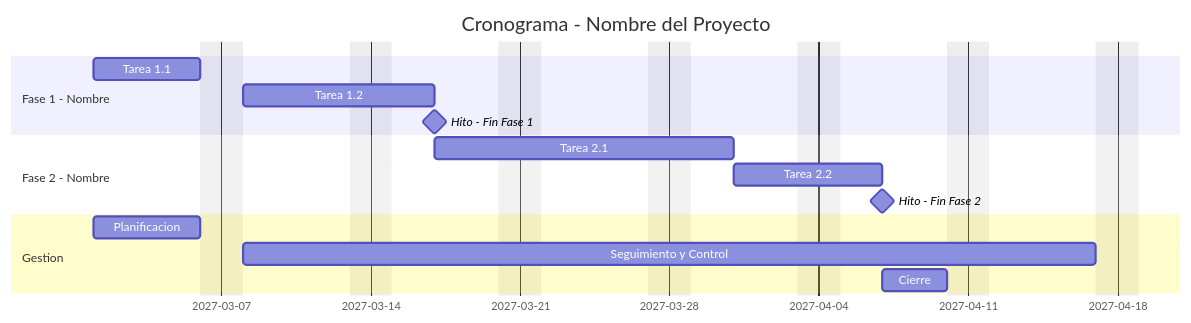
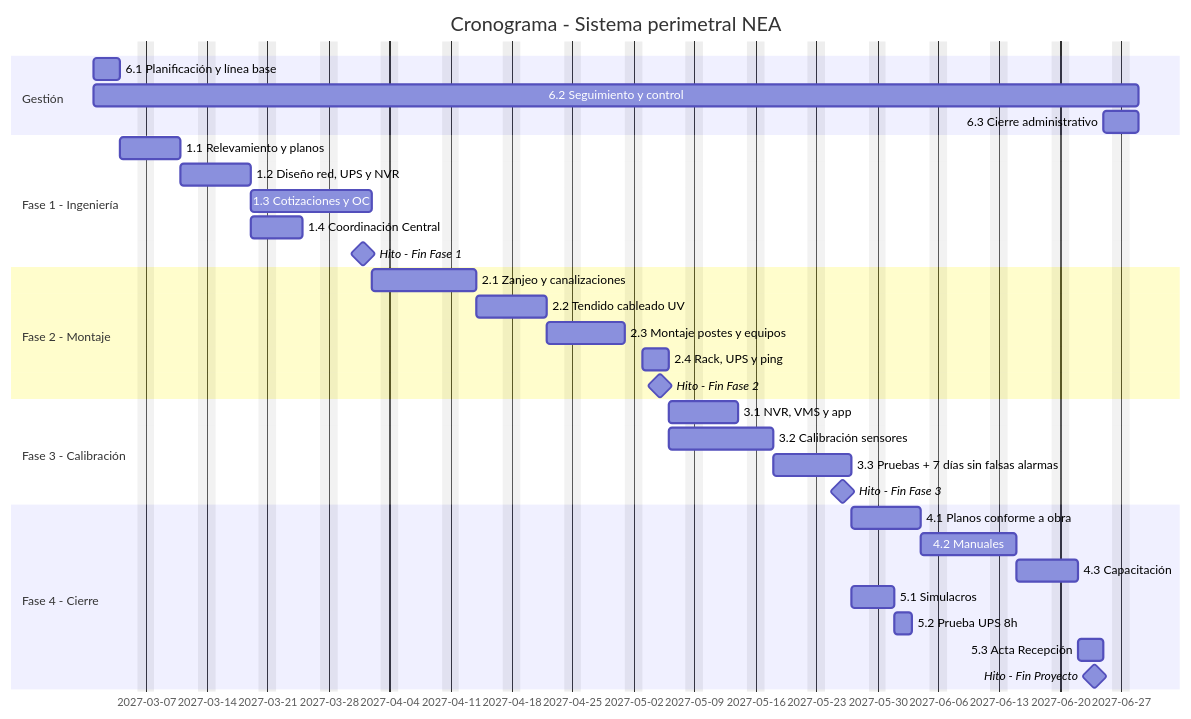
The diagram in docs/02-edt-estimacion/cronograma.md (griren91/Gestion_de_Proyectos_Grupo_NR_4), drawn with Mermaid before and after one commit. The commit also changed other lines of this file, not shown here.

````diff
--- a/docs/02-edt-estimacion/cronograma.md
+++ b/docs/02-edt-estimacion/cronograma.md
@@ -5,21 +7,40 @@
 ```mermaid
 gantt
-    title Cronograma - Nombre del Proyecto
+    title Cronograma - Sistema perimetral NEA
     dateFormat  YYYY-MM-DD
     excludes    weekends
 
-    section Fase 1 - Nombre
-    Tarea 1.1               :t11, 2027-03-01, 5d
-    Tarea 1.2               :t12, after t11, 7d
-    Hito - Fin Fase 1       :milestone, m1, after t12, 0d
+    section Gestión
+    6.1 Planificación y línea base   :g61, 2027-03-01, 3d
+    6.2 Seguimiento y control        :g62, 2027-03-01, 86d
+    6.3 Cierre administrativo        :g63, 2027-06-25, 2d
 
-    section Fase 2 - Nombre
-    Tarea 2.1               :t21, after m1, 10d
-    Tarea 2.2               :t22, after t21, 5d
-    Hito - Fin Fase 2       :milestone, m2, after t22, 0d
+    section Fase 1 - Ingeniería
+    1.1 Relevamiento y planos       :t11, 2027-03-04, 5d
+    1.2 Diseño red, UPS y NVR       :t12, after t11, 6d
+    1.3 Cotizaciones y OC           :t13, after t12, 10d
+    1.4 Coordinación Central        :t14, after t12, 4d
+    Hito - Fin Fase 1               :milestone, m1, 2027-04-01, 0d
 
-    section Gestion
-    Planificacion           :g1, 2027-03-01, 5d
-    Seguimiento y Control   :g2, after g1, 30d
-    Cierre                  :g3, after t22, 3d
+    section Fase 2 - Montaje
+    2.1 Zanjeo y canalizaciones     :t21, after t13, 8d
+    2.2 Tendido cableado UV         :t22, after t21, 6d
+    2.3 Montaje postes y equipos    :t23, after t22, 7d
+    2.4 Rack, UPS y ping           :t24, after t23, 3d
+    Hito - Fin Fase 2               :milestone, m2, 2027-05-05, 0d
+
+    section Fase 3 - Calibración
+    3.1 NVR, VMS y app             :t31, after t24, 6d
+    3.2 Calibración sensores        :t32, after t24, 8d
+    3.3 Pruebas + 7 días sin falsas alarmas :t33, after t32, 7d
+    Hito - Fin Fase 3               :milestone, m3, 2027-05-26, 0d
+
+    section Fase 4 - Cierre
+    4.1 Planos conforme a obra     :t41, after t33, 6d
+    4.2 Manuales                   :t42, after t41, 7d
+    4.3 Capacitación               :t43, after t42, 5d
+    5.1 Simulacros                 :t51, after t33, 3d
+    5.2 Prueba UPS 8h              :t52, after t51, 2d
+    5.3 Acta Recepción             :t53, after t43, 3d
+    Hito - Fin Proyecto            :milestone, m4, 2027-06-24, 0d
 ```
````
